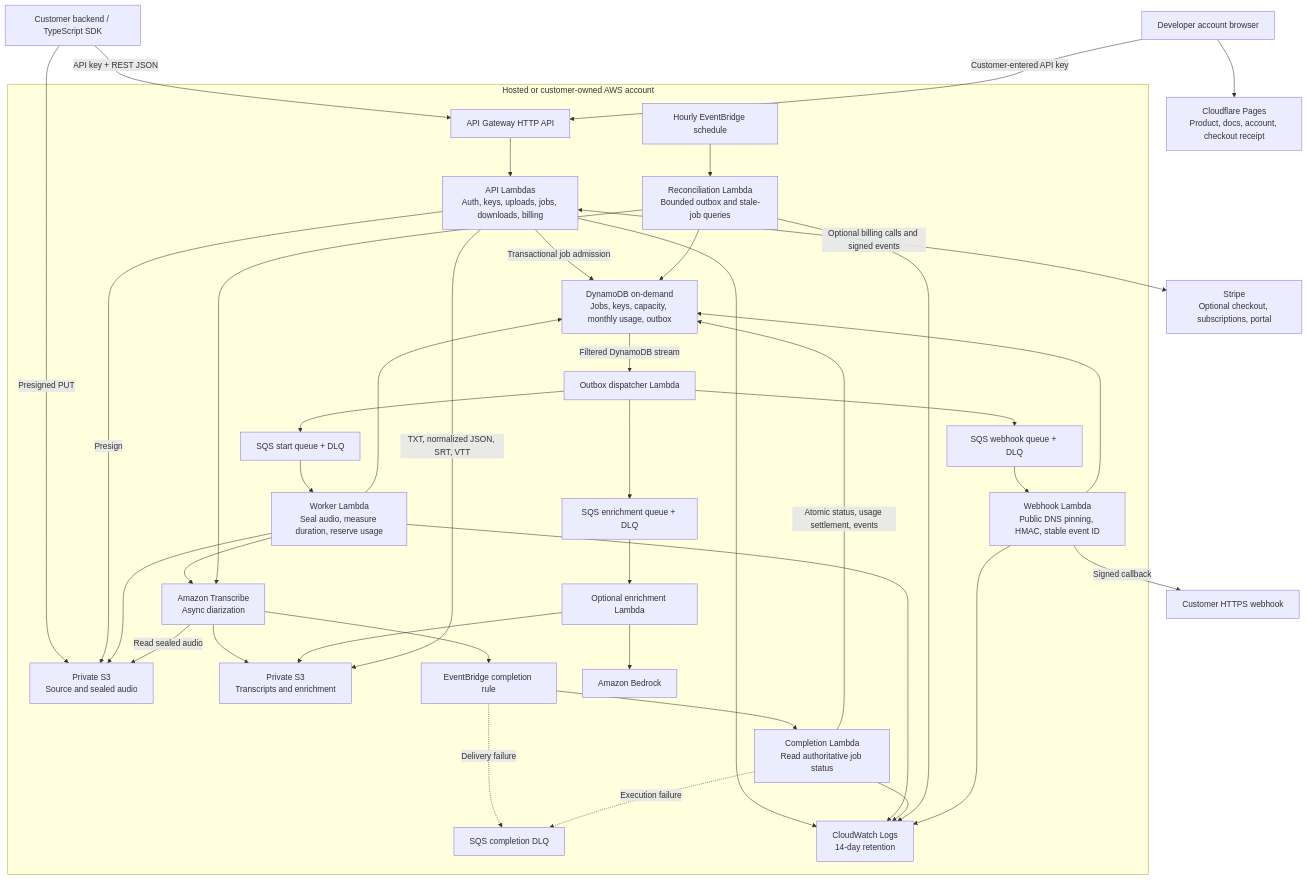
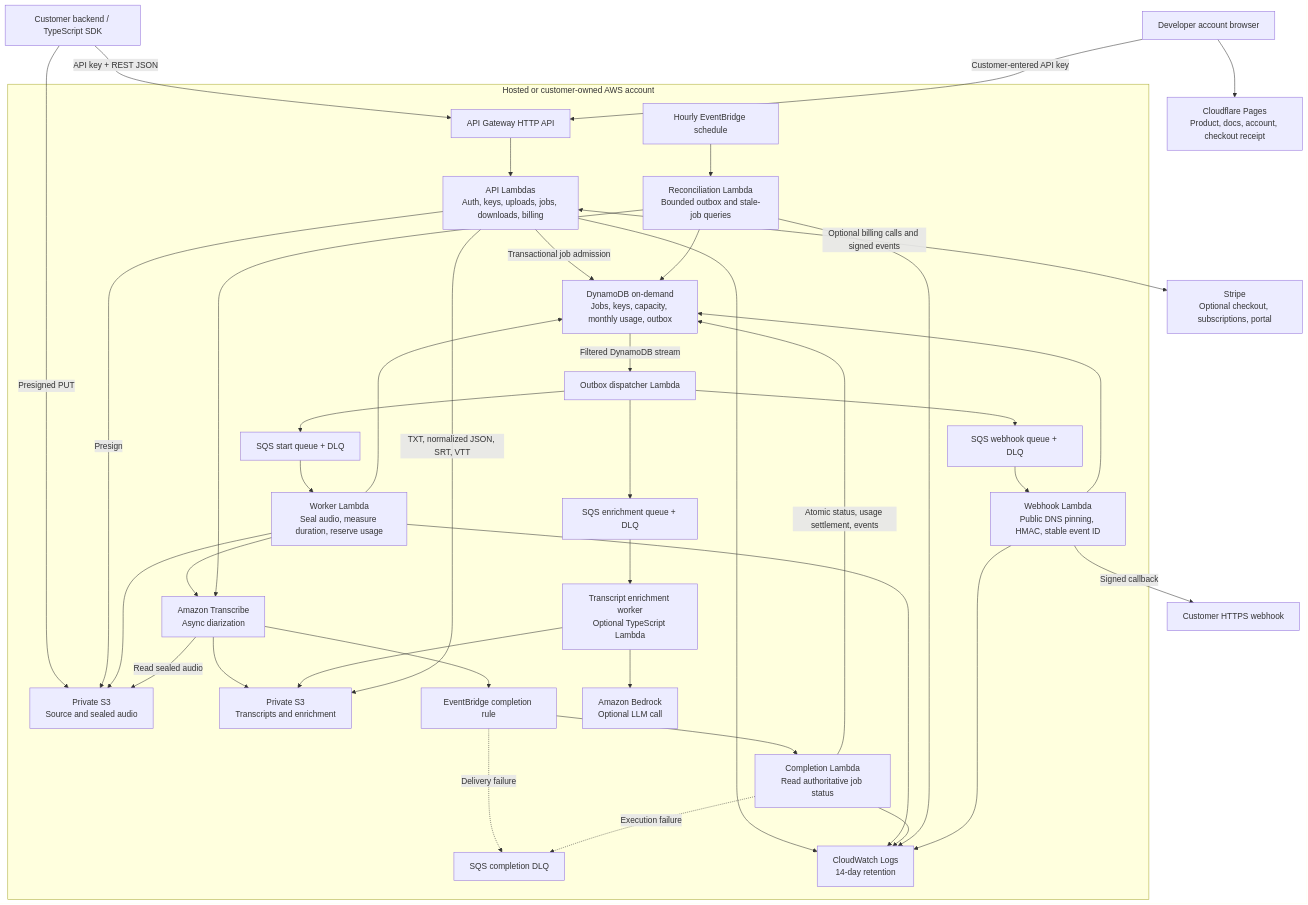
One commit to manynames3/super-transcriber-api changed the diagram in docs/architecture.md. Above: the diagram before and after it, drawn with Mermaid. The commit also changed other lines of this file and 17 other files, not shown here.

````diff
--- a/docs/architecture.md
+++ b/docs/architecture.md
@@ -7,52 +7,52 @@
 ```mermaid
 flowchart TB
   Developer["Customer backend / TypeScript SDK"]
   Browser["Developer account browser"]
   Pages["Cloudflare Pages<br/>Product, docs, account, checkout receipt"]
   Stripe["Stripe<br/>Optional checkout, subscriptions, portal"]
   Callback["Customer HTTPS webhook"]
 
   Browser --> Pages
   Developer -->|"API key + REST JSON"| API
   Browser -->|"Customer-entered API key"| API
   Developer -->|"Presigned PUT"| Uploads
 
   subgraph AWS["Hosted or customer-owned AWS account"]
     API["API Gateway HTTP API"] --> Handlers["API Lambdas<br/>Auth, keys, uploads, jobs, downloads, billing"]
     Handlers -->|"Transactional job admission"| DDB["DynamoDB on-demand<br/>Jobs, keys, capacity, monthly usage, outbox"]
     Handlers -->|"Presign"| Uploads["Private S3<br/>Source and sealed audio"]
     DDB -->|"Filtered DynamoDB stream"| Dispatch["Outbox dispatcher Lambda"]
     Dispatch --> StartQ["SQS start queue + DLQ"]
     StartQ --> Worker["Worker Lambda<br/>Seal audio, measure duration, reserve usage"]
     Worker --> Uploads
     Worker --> DDB
     Worker --> TX["Amazon Transcribe<br/>Async diarization"]
     TX -->|"Read sealed audio"| Uploads
     TX --> Outputs["Private S3<br/>Transcripts and enrichment"]
     TX --> EB["EventBridge completion rule"]
     EB --> Done["Completion Lambda<br/>Read authoritative job status"]
     Done -->|"Atomic status, usage settlement, events"| DDB
     EB -. "Delivery failure" .-> DLQ["SQS completion DLQ"]
     Done -. "Execution failure" .-> DLQ
     Schedule["Hourly EventBridge schedule"] --> Recovery["Reconciliation Lambda<br/>Bounded outbox and stale-job queries"]
     Recovery --> DDB
     Recovery --> TX
     Dispatch --> HookQ["SQS webhook queue + DLQ"]
     HookQ --> Hook["Webhook Lambda<br/>Public DNS pinning, HMAC, stable event ID"]
     Hook --> DDB
-    Dispatch --> AIQ["SQS enrichment queue + DLQ"]
-    AIQ --> AI["Optional enrichment Lambda"]
-    AI --> Bedrock["Amazon Bedrock"]
-    AI --> Outputs
+    Dispatch --> EnrichmentQ["SQS enrichment queue + DLQ"]
+    EnrichmentQ --> EnrichmentWorker["Transcript enrichment worker<br/>Optional TypeScript Lambda"]
+    EnrichmentWorker --> Bedrock["Amazon Bedrock<br/>Optional LLM call"]
+    EnrichmentWorker --> Outputs
     Handlers -->|"TXT, normalized JSON, SRT, VTT"| Outputs
     Logs["CloudWatch Logs<br/>14-day retention"]
     Handlers --> Logs
     Worker --> Logs
     Done --> Logs
     Recovery --> Logs
     Hook --> Logs
   end
 
   Handlers <-->|"Optional billing calls and signed events"| Stripe
   Hook -->|"Signed callback"| Callback
 ```
````
